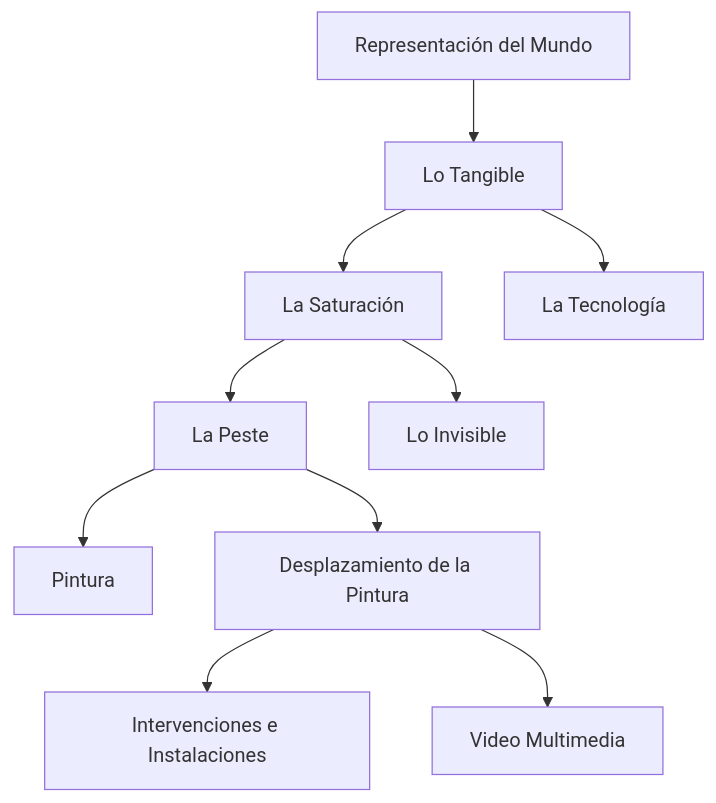
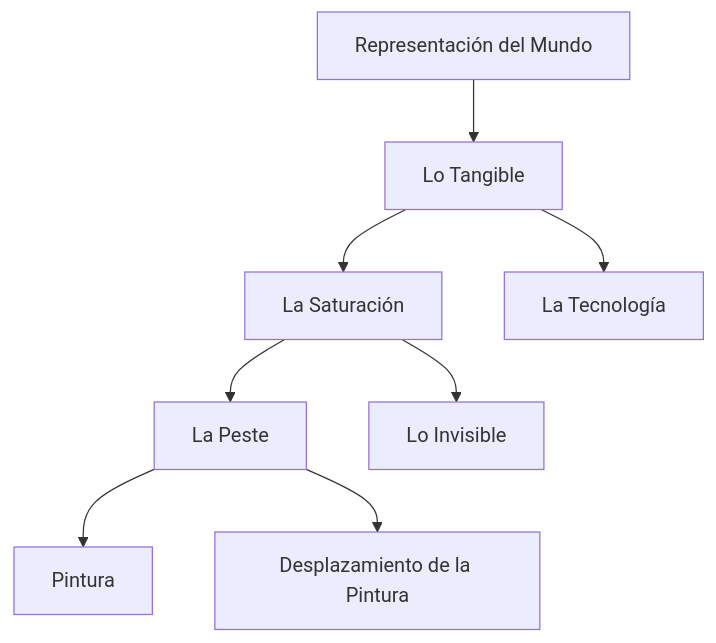
Before and after one commit to EGGS-Artesvisuales/EGGS-Artesvisuales.github.io: the diagram in ES/saturacion.md, drawn with Mermaid.

```diff
--- a/ES/saturacion.md
+++ b/ES/saturacion.md
@@ -28,27 +28,29 @@
 <div class="mermaid">
 graph TD
   RM[Representación del Mundo]
   LT[Lo Tangible]
   LS[La Saturación]
   LTec[La Tecnología]
   LP[La Peste]
   LI[Lo Invisible]
   P[Pintura]
   DP[Desplazamiento de la Pintura]
-  DPI[Intervenciones e Instalaciones]
-  DPV[Video Multimedia]
 
   RM --> LT
   LT --> LS
   LT --> LTec
   LS --> LP
   LS --> LI
   LP --> P
   LP --> DP
-  DP --> DPI
-  DP --> DPV
 
+  click RM "/Es/mundo-exterior.html" "Ir a Representación del Mundo"
+  click LT "/Es/tangible.html" "Ir a Lo Tangible"
   click LS "/Es/saturacion.html" "Ir a La Saturación"
+  click LTec "/Es/tecnologia.html" "Ir a La Tecnología"
   click LP "/Es/la-peste.html" "Ir a La Peste"
   click LI "/Es/lo-invisible.html" "Ir a Lo Invisible"
+  click P "/Es/pinturas.html" "Ir a Pintura"
+  click DP "/Es/desplazamiento-pintura.html" "Ir a Desplazamiento de la Pintura"
+
 </div>
```
